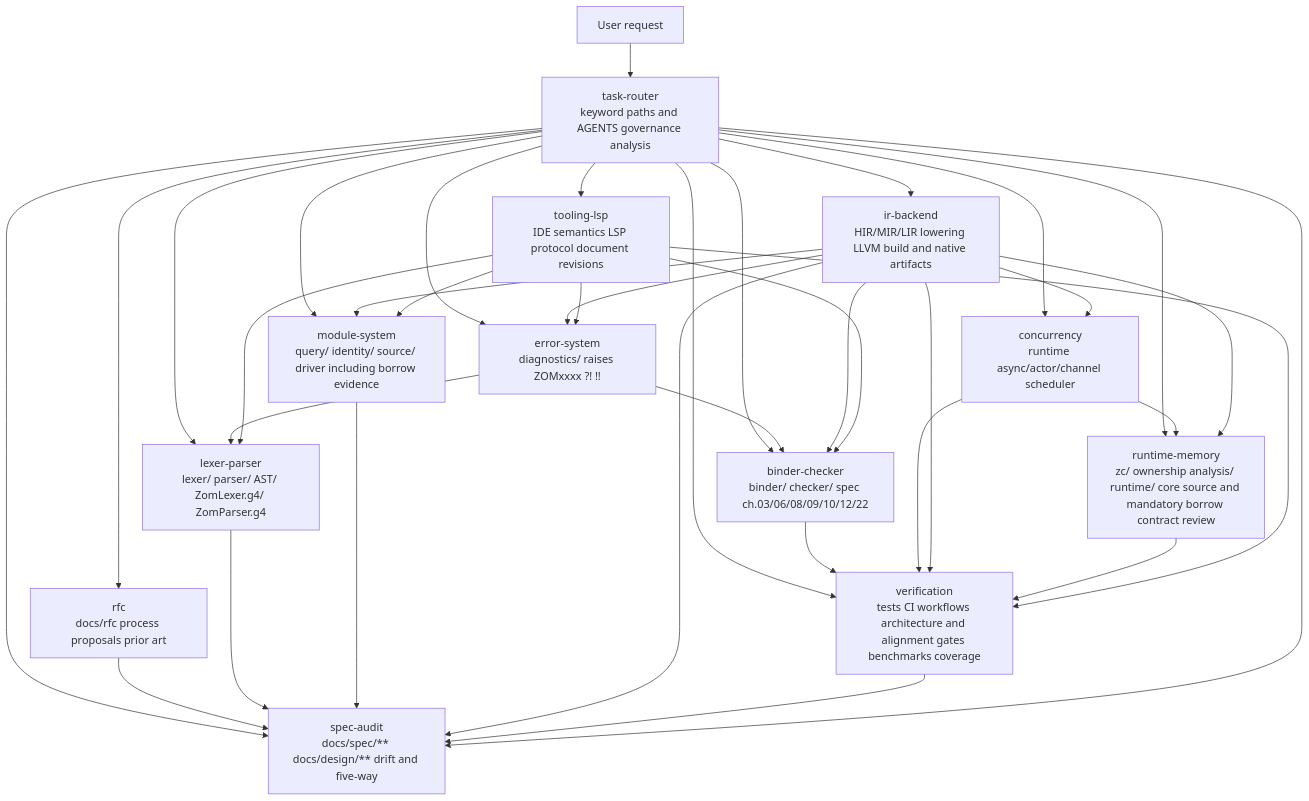
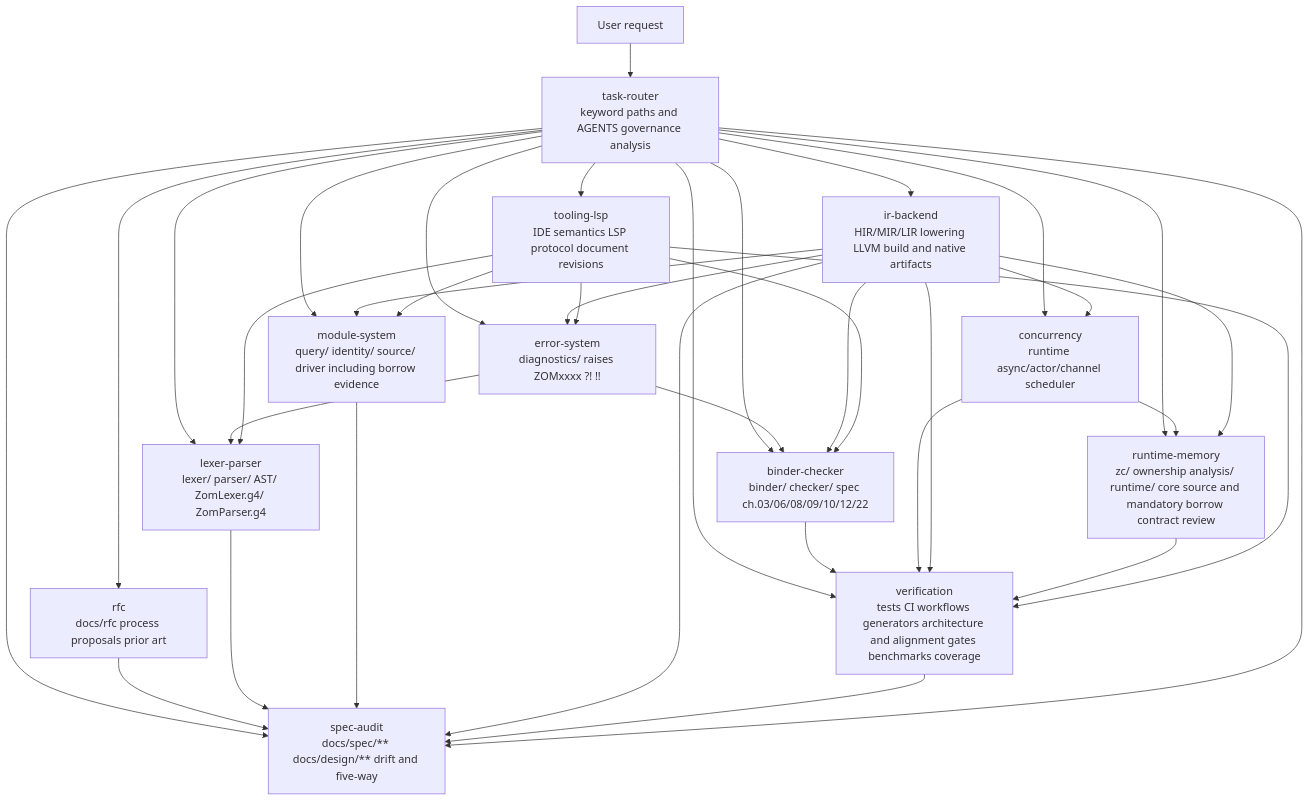
Before and after one commit to Zzzode/ZOM: the diagram in .agents/subagents/README.md, drawn with Mermaid. The commit also changed other lines of this file and 20 other files, not shown here.

````diff
--- a/.agents/subagents/README.md
+++ b/.agents/subagents/README.md
@@ -11,41 +11,41 @@
 ```mermaid
 flowchart TD
     U[User request] --> TR[task-router<br/>keyword paths and AGENTS governance analysis]
 
     TR --> RF[rfc<br/>docs/rfc process proposals prior art]
     TR --> LP[lexer-parser<br/>lexer/ parser/ AST/ ZomLexer.g4/ ZomParser.g4]
     TR --> BC[binder-checker<br/>binder/ checker/ spec ch.03/06/08/09/10/12/22]
     TR --> MS[module-system<br/>query/ identity/ source/ driver including borrow evidence]
     TR --> ES[error-system<br/>diagnostics/ raises ZOMxxxx ?! !!]
     TR --> CN[concurrency<br/>runtime async/actor/channel scheduler]
     TR --> IB[ir-backend<br/>HIR/MIR/LIR lowering LLVM build and native artifacts]
     TR --> SA[spec-audit<br/>docs/spec/** docs/design/** drift and five-way]
     TR --> RM[runtime-memory<br/>zc/ ownership analysis/ runtime/ core source and mandatory borrow contract review]
-    TR --> VR[verification<br/>tests CI workflows architecture and alignment gates benchmarks coverage]
+    TR --> VR[verification<br/>tests CI workflows generators architecture and alignment gates benchmarks coverage]
     TR --> TL[tooling-lsp<br/>IDE semantics LSP protocol document revisions]
 
     %% Escalation edges
     RF --> SA
     LP --> SA
     BC --> VR
     MS --> SA
     ES --> LP
     ES --> BC
     CN --> RM
     CN --> VR
     IB --> BC
     IB --> MS
     IB --> ES
     IB --> CN
     IB --> RM
     IB --> VR
     IB --> SA
     RM --> VR
     TL --> LP
     TL --> BC
     TL --> MS
     TL --> ES
     TL --> VR
     VR --> SA
     TR --> SA
 ```
````
